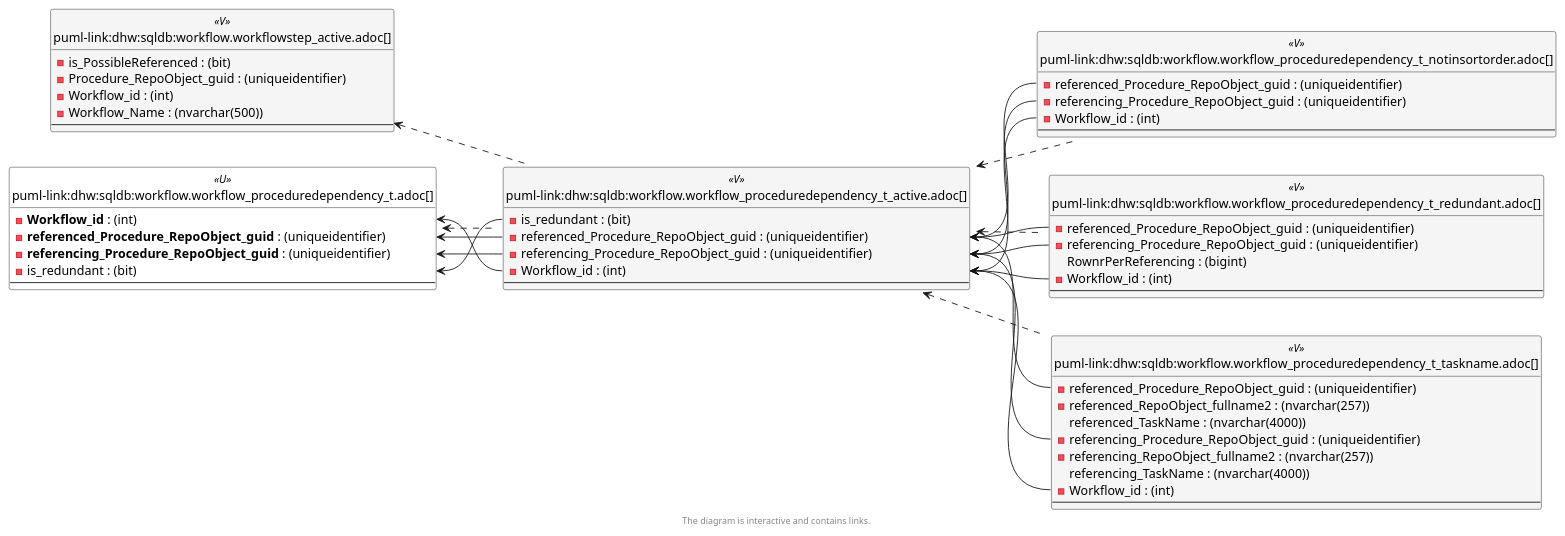
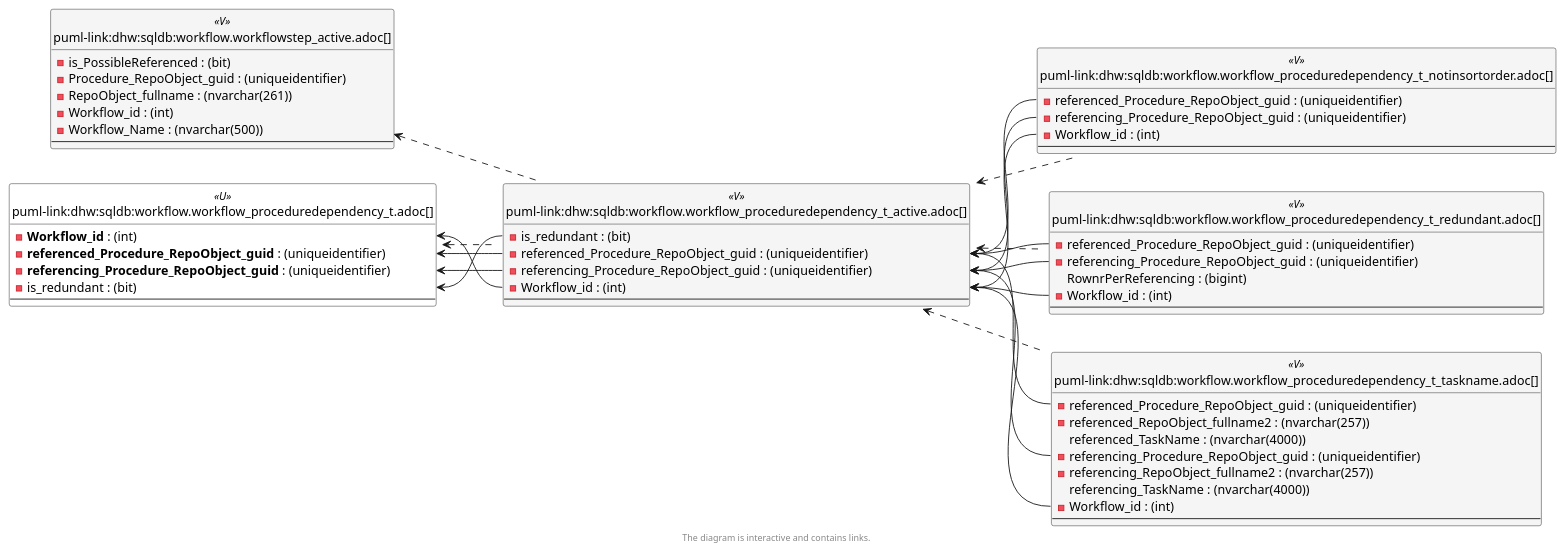
Before and after one commit to DataHandwerk/dhw-antora-sqldb: the sixth of 6 diagrams in docs/modules/sqldb/partials/content/workflow.workflow_proceduredependency_t_active.adoc, drawn with PlantUML. The commit also changed other lines of this file and 701 other files, not shown here.

```diff
--- a/docs/modules/sqldb/partials/content/workflow.workflow_proceduredependency_t_active.adoc
+++ b/docs/modules/sqldb/partials/content/workflow.workflow_proceduredependency_t_active.adoc
@@ -1757,29 +1758,30 @@
 entity "puml-link:dhw:sqldb:workflow.workflowstep_active.adoc[]" as workflow.WorkflowStep_active << V >> {
   - is_PossibleReferenced : (bit)
   - Procedure_RepoObject_guid : (uniqueidentifier)
+  - RepoObject_fullname : (nvarchar(261))
   - Workflow_id : (int)
   - Workflow_Name : (nvarchar(500))
   --
 }
 
 workflow.Workflow_ProcedureDependency_T <.. workflow.Workflow_ProcedureDependency_T_active
-workflow.Workflow_ProcedureDependency_T_active <.. workflow.Workflow_ProcedureDependency_T_TaskName
 workflow.Workflow_ProcedureDependency_T_active <.. workflow.Workflow_ProcedureDependency_T_NotInSortorder
 workflow.Workflow_ProcedureDependency_T_active <.. workflow.Workflow_ProcedureDependency_T_redundant
+workflow.Workflow_ProcedureDependency_T_active <.. workflow.Workflow_ProcedureDependency_T_TaskName
 workflow.WorkflowStep_active <.. workflow.Workflow_ProcedureDependency_T_active
 "workflow.Workflow_ProcedureDependency_T::is_redundant" <-- "workflow.Workflow_ProcedureDependency_T_active::is_redundant"
 "workflow.Workflow_ProcedureDependency_T::referenced_Procedure_RepoObject_guid" <-- "workflow.Workflow_ProcedureDependency_T_active::referenced_Procedure_RepoObject_guid"
 "workflow.Workflow_ProcedureDependency_T::referencing_Procedure_RepoObject_guid" <-- "workflow.Workflow_ProcedureDependency_T_active::referencing_Procedure_RepoObject_guid"
 "workflow.Workflow_ProcedureDependency_T::Workflow_id" <-- "workflow.Workflow_ProcedureDependency_T_active::Workflow_id"
 "workflow.Workflow_ProcedureDependency_T_active::referenced_Procedure_RepoObject_guid" <-- "workflow.Workflow_ProcedureDependency_T_NotInSortorder::referenced_Procedure_RepoObject_guid"
+"workflow.Workflow_ProcedureDependency_T_active::referenced_Procedure_RepoObject_guid" <-- "workflow.Workflow_ProcedureDependency_T_redundant::referenced_Procedure_RepoObject_guid"
 "workflow.Workflow_ProcedureDependency_T_active::referenced_Procedure_RepoObject_guid" <-- "workflow.Workflow_ProcedureDependency_T_TaskName::referenced_Procedure_RepoObject_guid"
-"workflow.Workflow_ProcedureDependency_T_active::referenced_Procedure_RepoObject_guid" <-- "workflow.Workflow_ProcedureDependency_T_redundant::referenced_Procedure_RepoObject_guid"
+"workflow.Workflow_ProcedureDependency_T_active::referencing_Procedure_RepoObject_guid" <-- "workflow.Workflow_ProcedureDependency_T_NotInSortorder::referencing_Procedure_RepoObject_guid"
 "workflow.Workflow_ProcedureDependency_T_active::referencing_Procedure_RepoObject_guid" <-- "workflow.Workflow_ProcedureDependency_T_redundant::referencing_Procedure_RepoObject_guid"
 "workflow.Workflow_ProcedureDependency_T_active::referencing_Procedure_RepoObject_guid" <-- "workflow.Workflow_ProcedureDependency_T_TaskName::referencing_Procedure_RepoObject_guid"
-"workflow.Workflow_ProcedureDependency_T_active::referencing_Procedure_RepoObject_guid" <-- "workflow.Workflow_ProcedureDependency_T_NotInSortorder::referencing_Procedure_RepoObject_guid"
 "workflow.Workflow_ProcedureDependency_T_active::Workflow_id" <-- "workflow.Workflow_ProcedureDependency_T_NotInSortorder::Workflow_id"
+"workflow.Workflow_ProcedureDependency_T_active::Workflow_id" <-- "workflow.Workflow_ProcedureDependency_T_redundant::Workflow_id"
 "workflow.Workflow_ProcedureDependency_T_active::Workflow_id" <-- "workflow.Workflow_ProcedureDependency_T_TaskName::Workflow_id"
-"workflow.Workflow_ProcedureDependency_T_active::Workflow_id" <-- "workflow.Workflow_ProcedureDependency_T_redundant::Workflow_id"
 
 footer The diagram is interactive and contains links.
 
```
